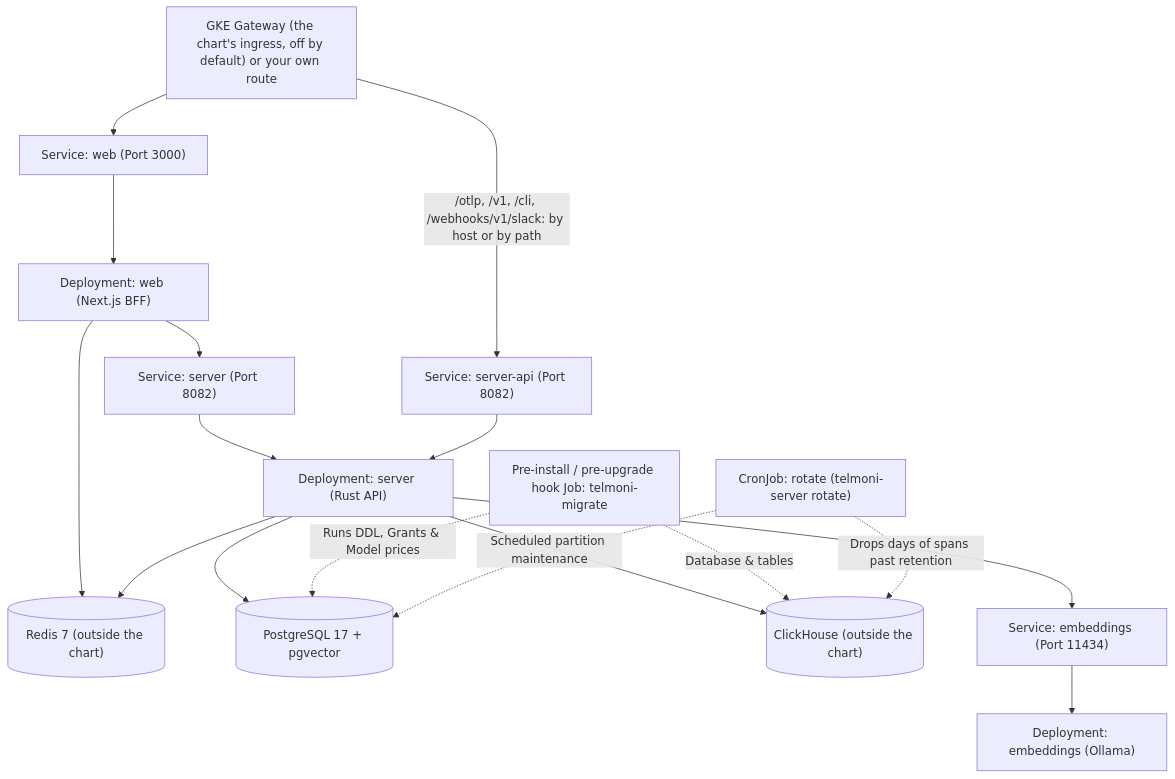
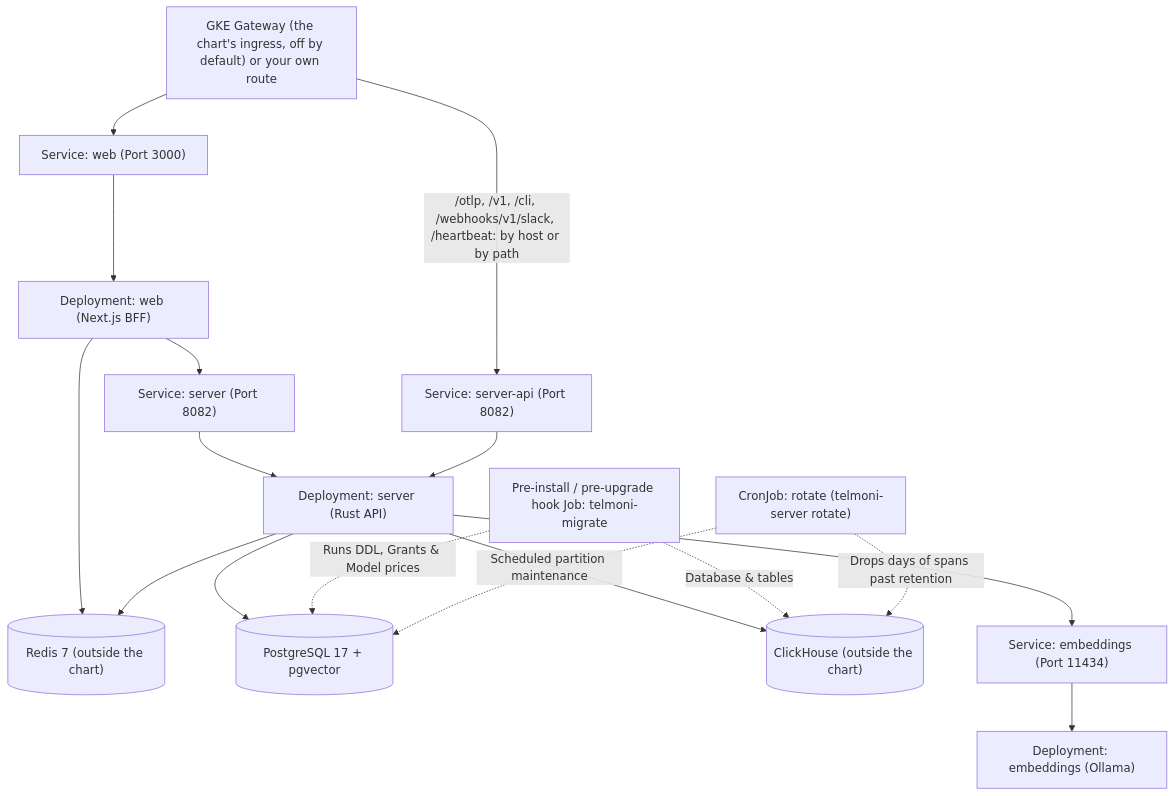
Before and after one commit to telmoni/telmoni: the diagram in web/content/docs/self-host/kubernetes.mdx, drawn with Mermaid. The commit also changed 20 other files, not shown here.

````diff
--- a/web/content/docs/self-host/kubernetes.mdx
+++ b/web/content/docs/self-host/kubernetes.mdx
@@ -10,23 +10,23 @@
 ```mermaid
 flowchart TD
     Ingress["GKE Gateway (the chart's ingress, off by default) or your own route"] --> WebSvc["Service: web (Port 3000)"]
-    Ingress -->|"/otlp, /v1, /cli, /webhooks/v1/slack: by host or by path"| ApiSvc["Service: server-api (Port 8082)"]
+    Ingress -->|"/otlp, /v1, /cli, /webhooks/v1/slack, /heartbeat: by host or by path"| ApiSvc["Service: server-api (Port 8082)"]
     WebSvc --> WebPods["Deployment: web (Next.js BFF)"]
 
     WebPods --> ServerSvc["Service: server (Port 8082)"]
     ServerSvc --> ServerPods["Deployment: server (Rust API)"]
     ApiSvc --> ServerPods
 
     WebPods --> Redis[("Redis 7 (outside the chart)")]
     ServerPods --> Redis
 
     ServerPods --> Postgres[("PostgreSQL 17 + pgvector")]
     ServerPods --> ClickHouse[("ClickHouse (outside the chart)")]
     ServerPods --> EmbeddingsSvc["Service: embeddings (Port 11434)"]
     EmbeddingsSvc --> EmbeddingsPod["Deployment: embeddings (Ollama)"]
 
     HookJob["Pre-install / pre-upgrade hook Job: telmoni-migrate"] -.->|Runs DDL, Grants & Model prices| Postgres
     HookJob -.->|Database & tables| ClickHouse
     RotateCron["CronJob: rotate (telmoni-server rotate)"] -.->|Scheduled partition maintenance| Postgres
     RotateCron -.->|Drops days of spans past retention| ClickHouse
 ```
````
